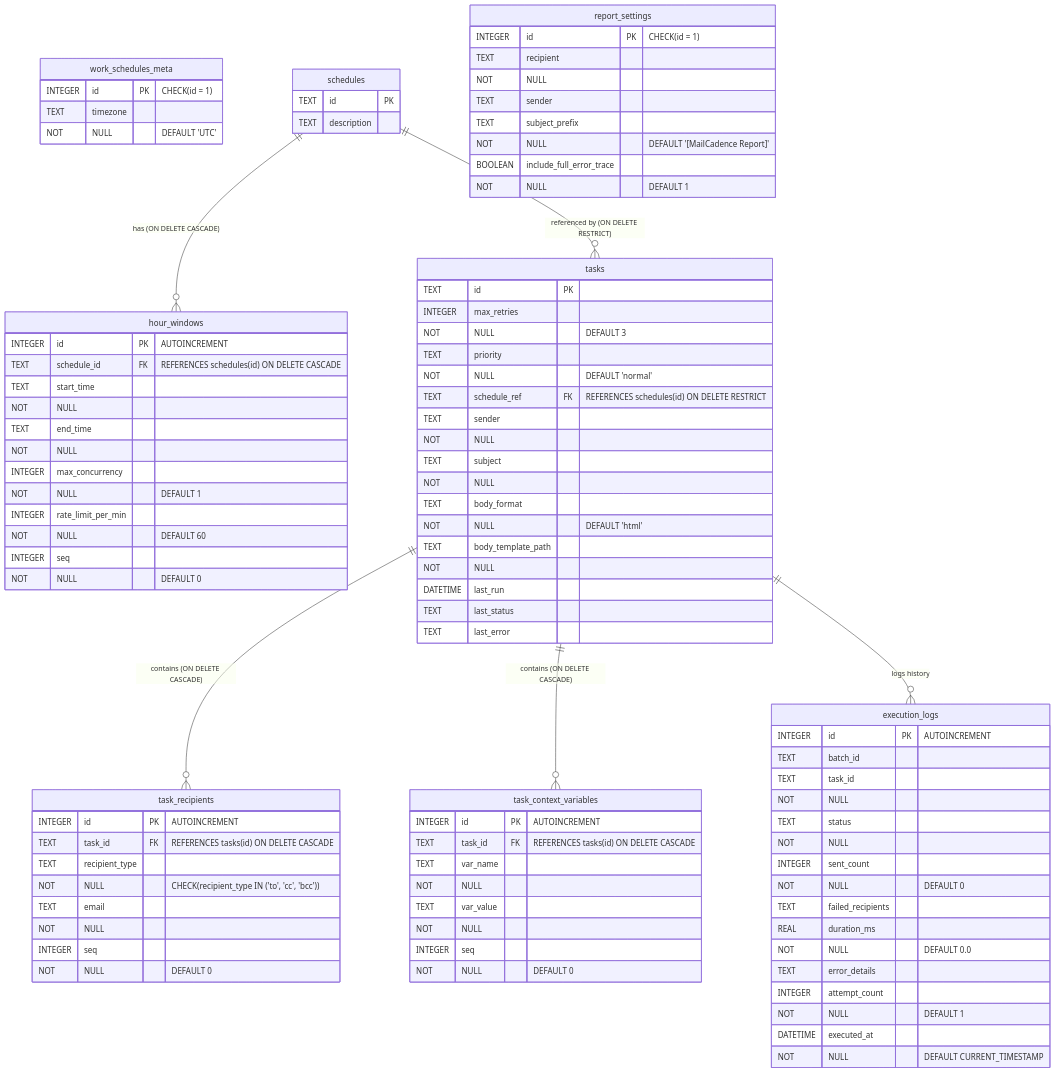
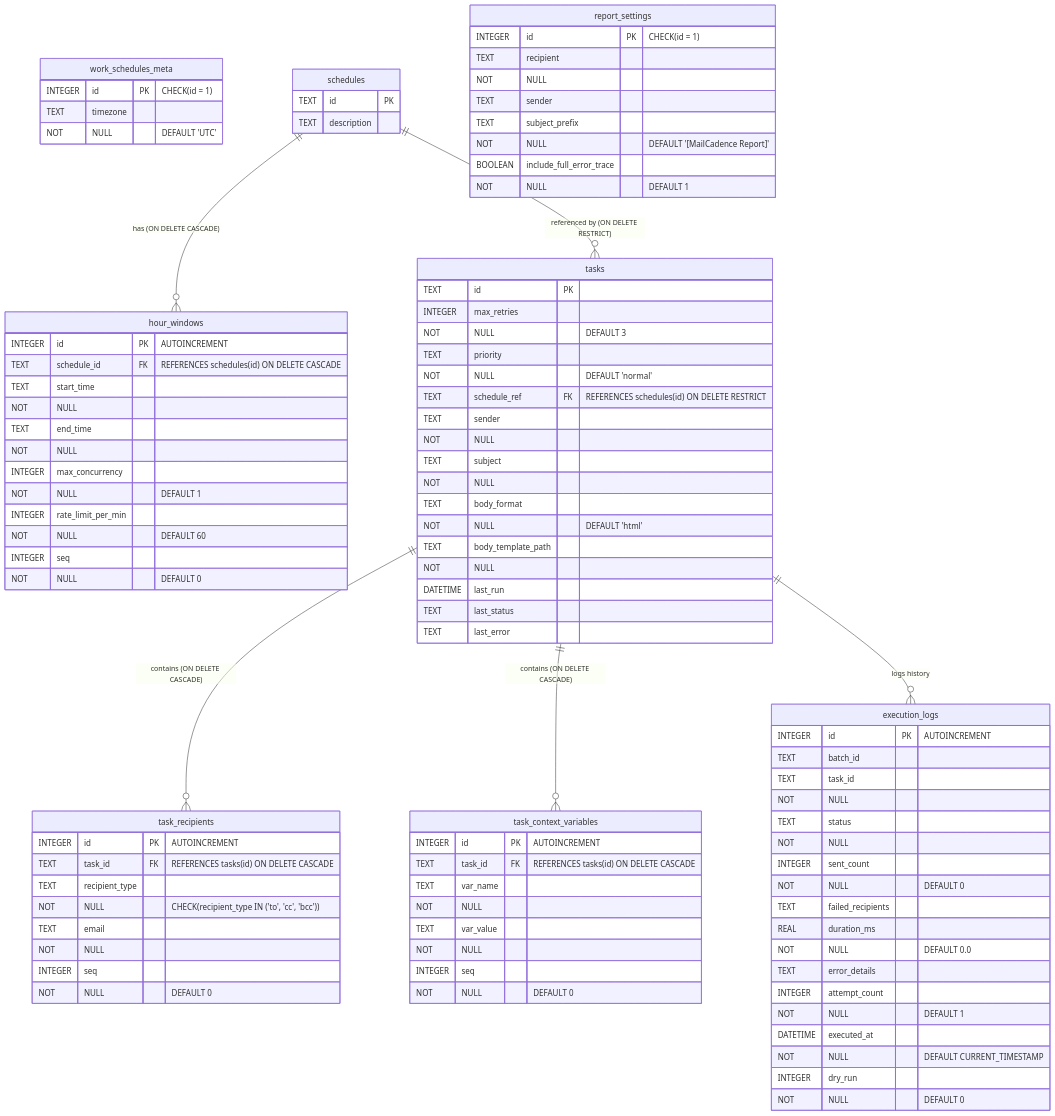
The second of 4 diagrams in docs/ARCHITECTURE.md (krj29b/mail-cadence), drawn with Mermaid before and after one commit. The commit also changed other lines of this file and 15 other files, not shown here.

````diff
--- a/docs/ARCHITECTURE.md
+++ b/docs/ARCHITECTURE.md
@@ -108,79 +108,80 @@
 ```mermaid
 erDiagram
     work_schedules_meta {
         INTEGER id PK "CHECK(id = 1)"
         TEXT timezone NOT NULL "DEFAULT 'UTC'"
     }
 
     schedules {
         TEXT id PK
         TEXT description
     }
 
     hour_windows {
         INTEGER id PK "AUTOINCREMENT"
         TEXT schedule_id FK "REFERENCES schedules(id) ON DELETE CASCADE"
         TEXT start_time NOT NULL
         TEXT end_time NOT NULL
         INTEGER max_concurrency NOT NULL "DEFAULT 1"
         INTEGER rate_limit_per_min NOT NULL "DEFAULT 60"
         INTEGER seq NOT NULL "DEFAULT 0"
     }
 
     report_settings {
         INTEGER id PK "CHECK(id = 1)"
         TEXT recipient NOT NULL
         TEXT sender
         TEXT subject_prefix NOT NULL "DEFAULT '[MailCadence Report]'"
         BOOLEAN include_full_error_trace NOT NULL "DEFAULT 1"
     }
 
     tasks {
         TEXT id PK
         INTEGER max_retries NOT NULL "DEFAULT 3"
         TEXT priority NOT NULL "DEFAULT 'normal'"
         TEXT schedule_ref FK "REFERENCES schedules(id) ON DELETE RESTRICT"
         TEXT sender NOT NULL
         TEXT subject NOT NULL
         TEXT body_format NOT NULL "DEFAULT 'html'"
         TEXT body_template_path NOT NULL
         DATETIME last_run
         TEXT last_status
         TEXT last_error
     }
 
     task_recipients {
         INTEGER id PK "AUTOINCREMENT"
         TEXT task_id FK "REFERENCES tasks(id) ON DELETE CASCADE"
         TEXT recipient_type NOT NULL "CHECK(recipient_type IN ('to', 'cc', 'bcc'))"
         TEXT email NOT NULL
         INTEGER seq NOT NULL "DEFAULT 0"
     }
 
     task_context_variables {
         INTEGER id PK "AUTOINCREMENT"
         TEXT task_id FK "REFERENCES tasks(id) ON DELETE CASCADE"
         TEXT var_name NOT NULL
         TEXT var_value NOT NULL
         INTEGER seq NOT NULL "DEFAULT 0"
     }
 
     execution_logs {
         INTEGER id PK "AUTOINCREMENT"
         TEXT batch_id
         TEXT task_id NOT NULL
         TEXT status NOT NULL
         INTEGER sent_count NOT NULL "DEFAULT 0"
         TEXT failed_recipients
         REAL duration_ms NOT NULL "DEFAULT 0.0"
         TEXT error_details
         INTEGER attempt_count NOT NULL "DEFAULT 1"
         DATETIME executed_at NOT NULL "DEFAULT CURRENT_TIMESTAMP"
+        INTEGER dry_run NOT NULL "DEFAULT 0"
     }
 
     schedules ||--o{ hour_windows : "has (ON DELETE CASCADE)"
     schedules ||--o{ tasks : "referenced by (ON DELETE RESTRICT)"
     tasks ||--o{ task_recipients : "contains (ON DELETE CASCADE)"
     tasks ||--o{ task_context_variables : "contains (ON DELETE CASCADE)"
     tasks ||--o{ execution_logs : "logs history"
 ```
````
